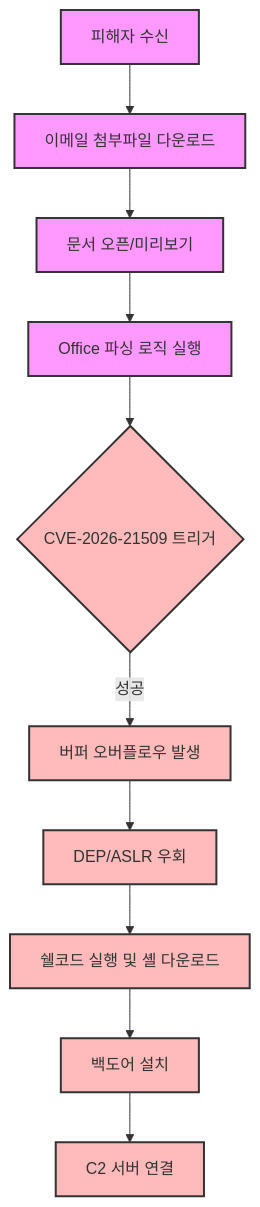
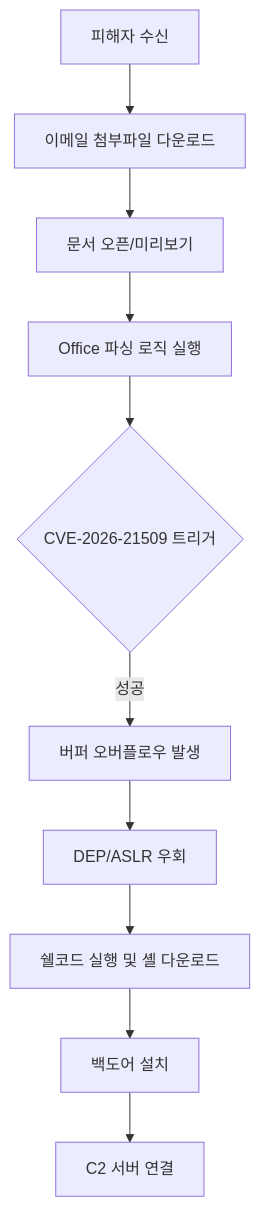
Before and after one commit to rebugui/rebugui.github.io: the diagram in content/post/보안/-CVE-2026-21509-Microsoft-Office-Zero-Day-긴급-패치-분석/index.md, drawn with Mermaid. The commit also changed 14 other files, not shown here.

First line of the commit message:
fix: 최근 3일간 블로그 Mermaid 다이어그램 스타일 제거

````diff
--- a/content/post/보안/-CVE-2026-21509-Microsoft-Office-Zero-Day-긴급-패치-분석/index.md
+++ b/content/post/보안/-CVE-2026-21509-Microsoft-Office-Zero-Day-긴급-패치-분석/index.md
@@ -37,23 +37,13 @@
 ```mermaid
 graph TD
     A[피해자 수신] --> B[이메일 첨부파일 다운로드]
     B --> C[문서 오픈/미리보기]
     C --> D[Office 파싱 로직 실행]
     D --> E{CVE-2026-21509 트리거}
     E -- 성공 --> F[버퍼 오버플로우 발생]
     F --> G[DEP/ASLR 우회]
     G --> H[쉘코드 실행 및 셸 다운로드]
     H --> I[백도어 설치]
     I --> J[C2 서버 연결]
 
-    style A fill:#f9f,stroke:#333,stroke-width:2px
-    style B fill:#f9f,stroke:#333,stroke-width:2px
-    style C fill:#f9f,stroke:#333,stroke-width:2px
-    style D fill:#f9f,stroke:#333,stroke-width:2px
-    style E fill:#fbb,stroke:#333,stroke-width:2px
-    style F fill:#fbb,stroke:#333,stroke-width:2px
-    style G fill:#fbb,stroke:#333,stroke-width:2px
-    style H fill:#fbb,stroke:#333,stroke-width:2px
-    style I fill:#fbb,stroke:#333,stroke-width:2px
-    style J fill:#fbb,stroke:#333,stroke-width:2px
 ```
````
